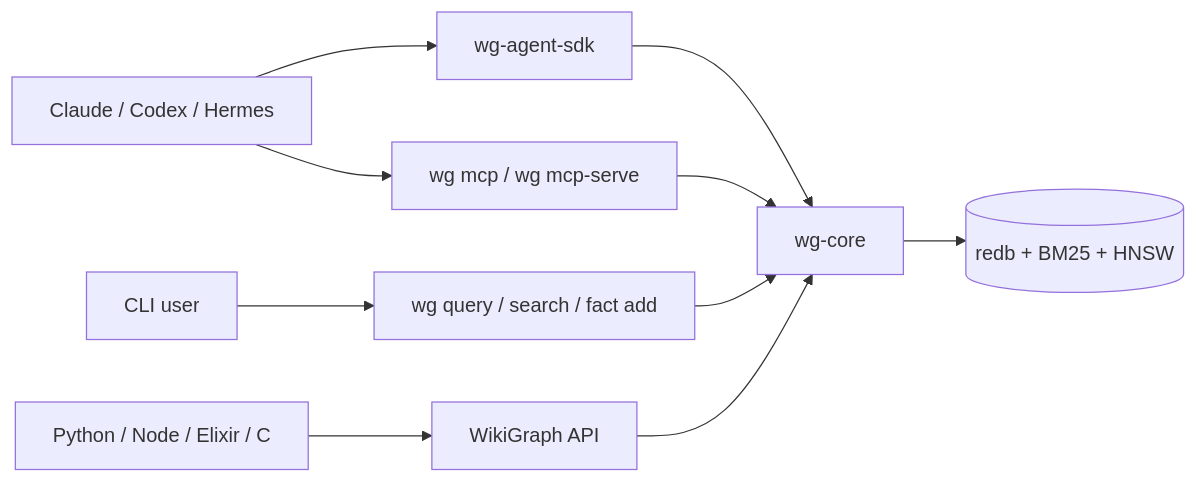
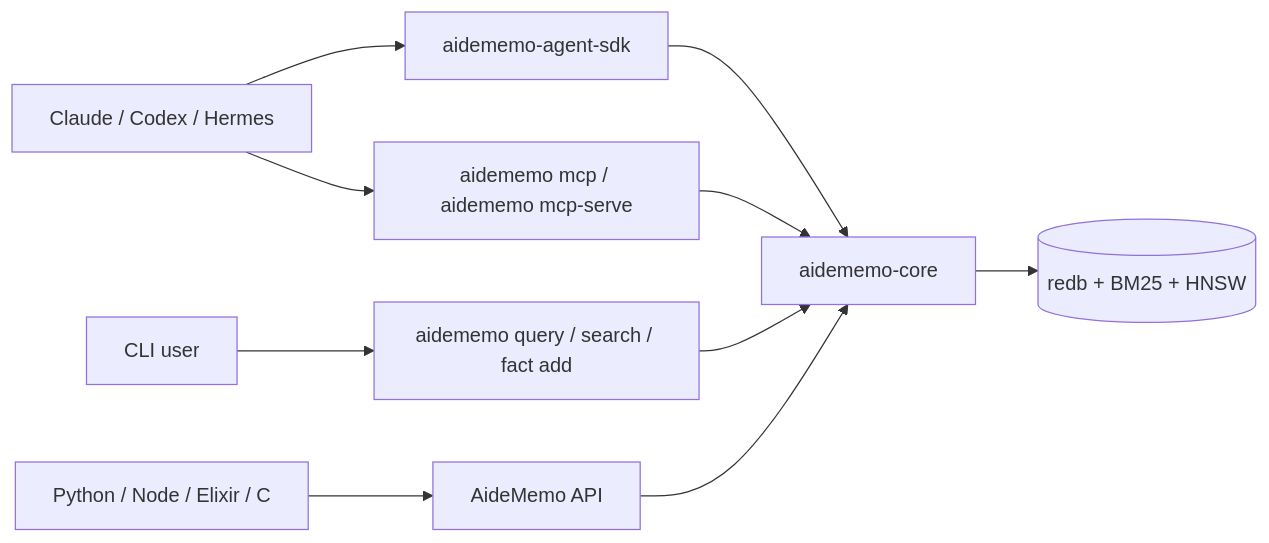
The diagram in README.md (taeyun16/aidememo), drawn with Mermaid before and after one commit. The commit also changed other lines of this file and 498 other files, not shown here.

Commit message:
Rename project to AideMemo

````diff
--- a/README.md
+++ b/README.md
@@ -36,12 +36,12 @@
 ```mermaid
 flowchart LR
-    Agent["Claude / Codex / Hermes"] --> SDK["wg-agent-sdk"]
-    Agent --> MCP["wg mcp / wg mcp-serve"]
-    Human["CLI user"] --> CLI["wg query / search / fact add"]
-    Plugin["Python / Node / Elixir / C"] --> API["WikiGraph API"]
-    SDK --> Core["wg-core"]
-    MCP --> Core["wg-core"]
+    Agent["Claude / Codex / Hermes"] --> SDK["aidememo-agent-sdk"]
+    Agent --> MCP["aidememo mcp / aidememo mcp-serve"]
+    Human["CLI user"] --> CLI["aidememo query / search / fact add"]
+    Plugin["Python / Node / Elixir / C"] --> API["AideMemo API"]
+    SDK --> Core["aidememo-core"]
+    MCP --> Core["aidememo-core"]
     CLI --> Core
     API --> Core
     Core --> Store[("redb + BM25 + HNSW")]
 ```
````
